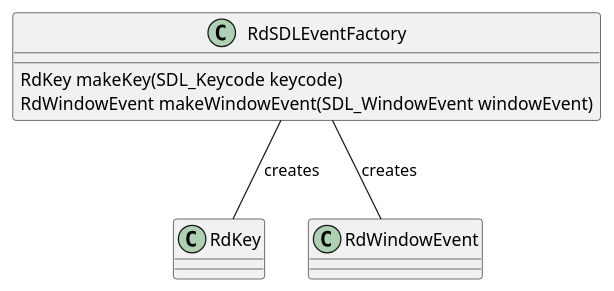
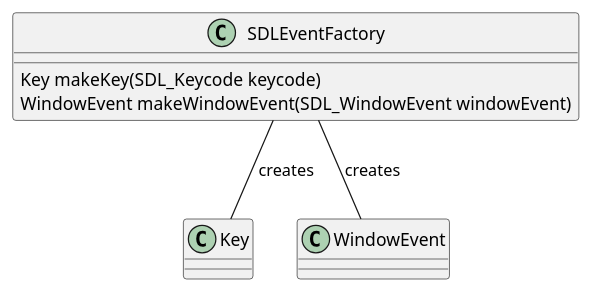
One commit to asrob-uc3m/robotDevastation-developer-manual changed the diagram in en/input-management/creating-events.md. Above: the diagram before and after it, drawn with PlantUML. The commit also changed other lines of this file and 9 other files, not shown here.

```diff
--- a/en/input-management/creating-events.md
+++ b/en/input-management/creating-events.md
@@ -11,11 +11,11 @@
 {% plantuml %}
 
-class RdSDLEventFactory {
-RdKey makeKey(SDL_Keycode keycode)
-RdWindowEvent makeWindowEvent(SDL_WindowEvent windowEvent)
+class SDLEventFactory {
+Key makeKey(SDL_Keycode keycode)
+WindowEvent makeWindowEvent(SDL_WindowEvent windowEvent)
 }
 
-RdSDLEventFactory -- RdKey : creates
-RdSDLEventFactory -- RdWindowEvent : creates
+SDLEventFactory -- Key : creates
+SDLEventFactory -- WindowEvent : creates
 
 {% endplantuml %}
```
